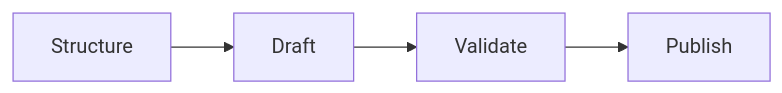
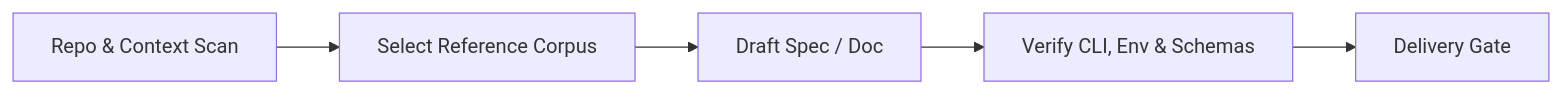
One commit to giriedu/maxilun changed the diagram in skills/maxilun-docsmith/SKILL.md. Above: the diagram before and after it, drawn with Mermaid. The commit also changed other lines of this file and 46 other files, not shown here.

````diff
--- a/skills/maxilun-docsmith/SKILL.md
+++ b/skills/maxilun-docsmith/SKILL.md
@@ -59,6 +73,7 @@
 ```mermaid
 flowchart LR
-    A[Structure] --> B[Draft]
-    B --> C[Validate]
-    C --> D[Publish]
+    A[Repo & Context Scan] --> B[Select Reference Corpus]
+    B --> C[Draft Spec / Doc]
+    C --> D[Verify CLI, Env & Schemas]
+    D --> E[Delivery Gate]
 ```
````
